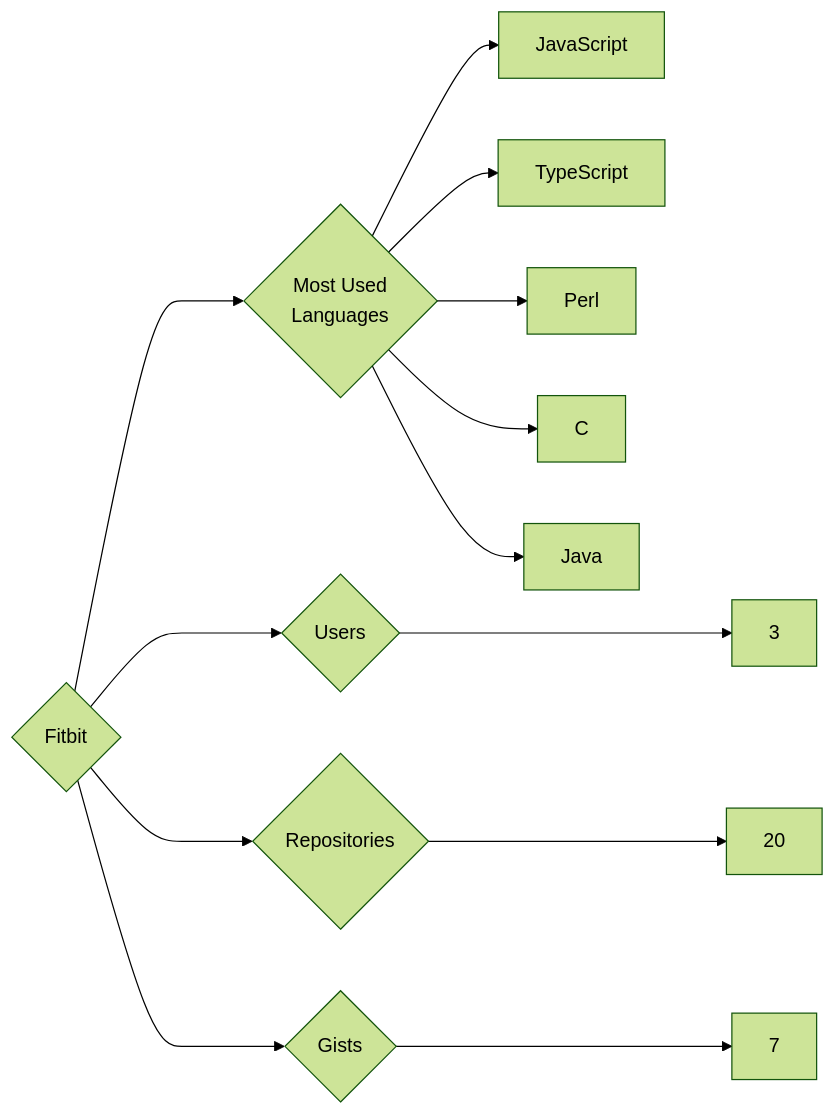
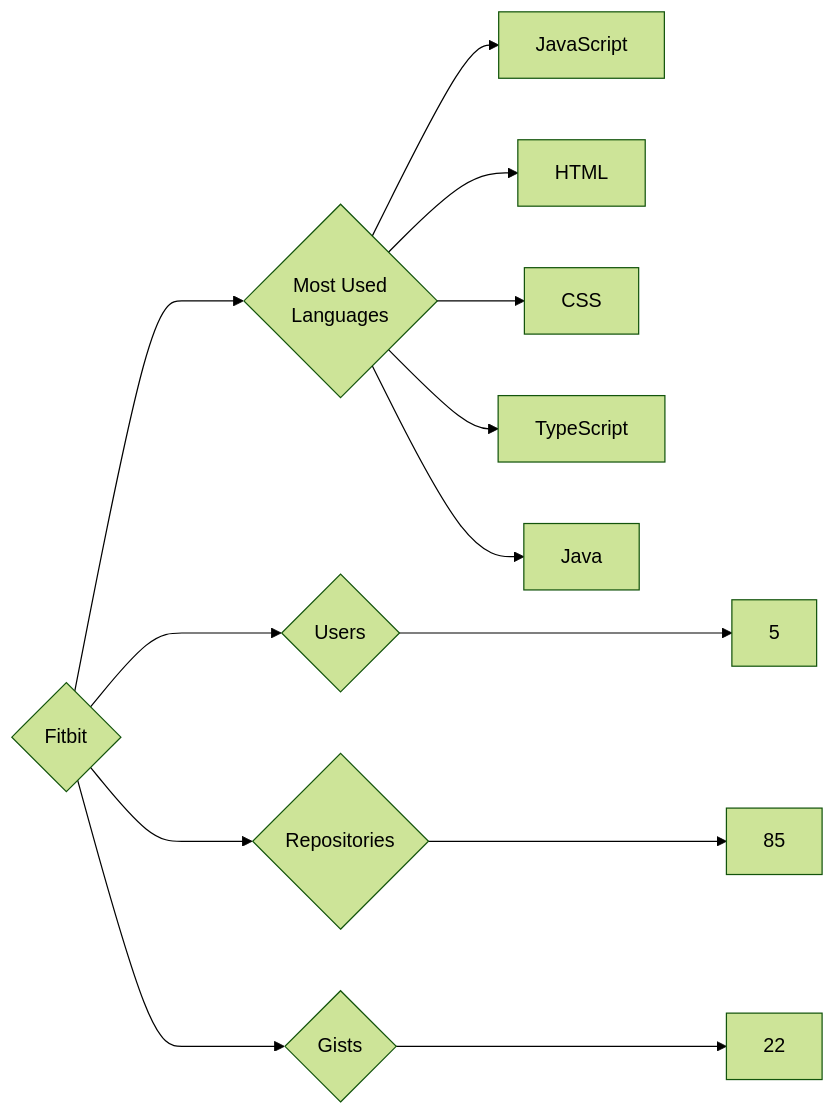
Before and after one commit to trickest/insiders: the diagram in targets/Fitbit/README.md, drawn with Mermaid (forest theme). The commit also changed 988 other files, not shown here.

````diff
--- a/targets/Fitbit/README.md
+++ b/targets/Fitbit/README.md
@@ -3,13 +3,13 @@
 ```mermaid
 graph LR
 COMPANY_NAME{Fitbit}
-COMPANY_NAME ---> U{Users} ---> UN[3]
-COMPANY_NAME ---> R{Repositories} ---> RN[20]
-COMPANY_NAME ---> G{Gists} ---> GN[7]
+COMPANY_NAME ---> U{Users} ---> UN[5]
+COMPANY_NAME ---> R{Repositories} ---> RN[85]
+COMPANY_NAME ---> G{Gists} ---> GN[22]
 COMPANY_NAME ---> ML{Most Used<br>Languages}
 ML --> JavaScript[JavaScript]
+ML --> HTML[HTML]
+ML --> CSS[CSS]
 ML --> TypeScript[TypeScript]
-ML --> Perl[Perl]
-ML --> C[C]
 ML --> Java[Java]
 ```
````
